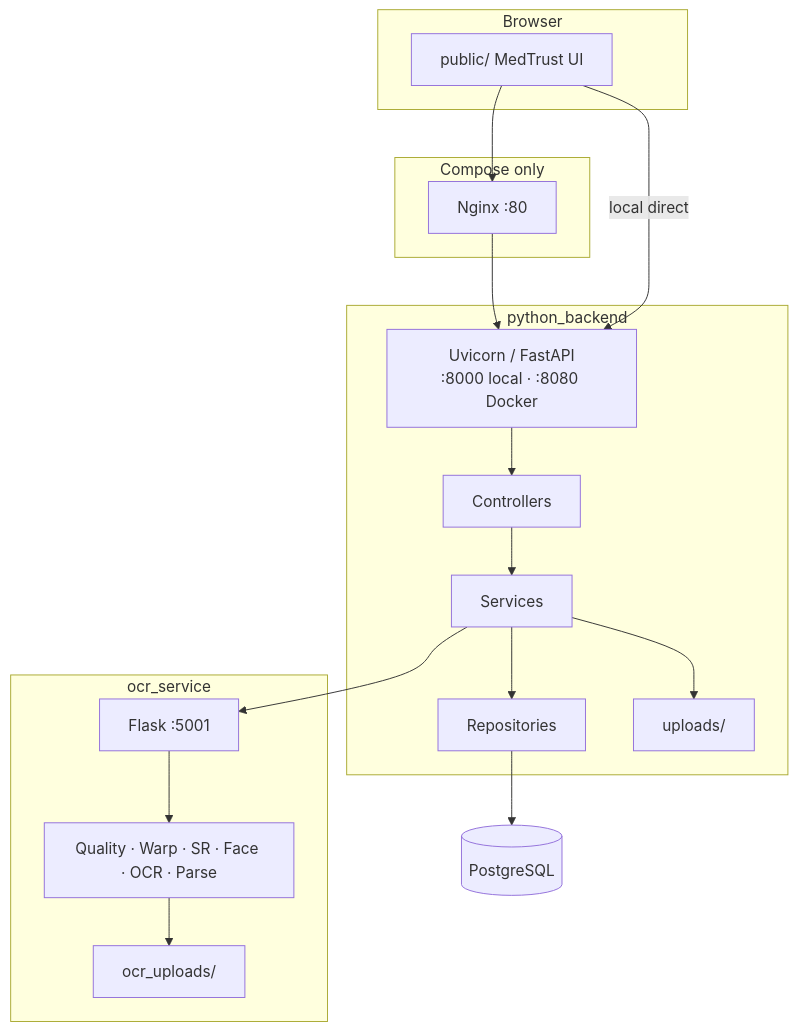
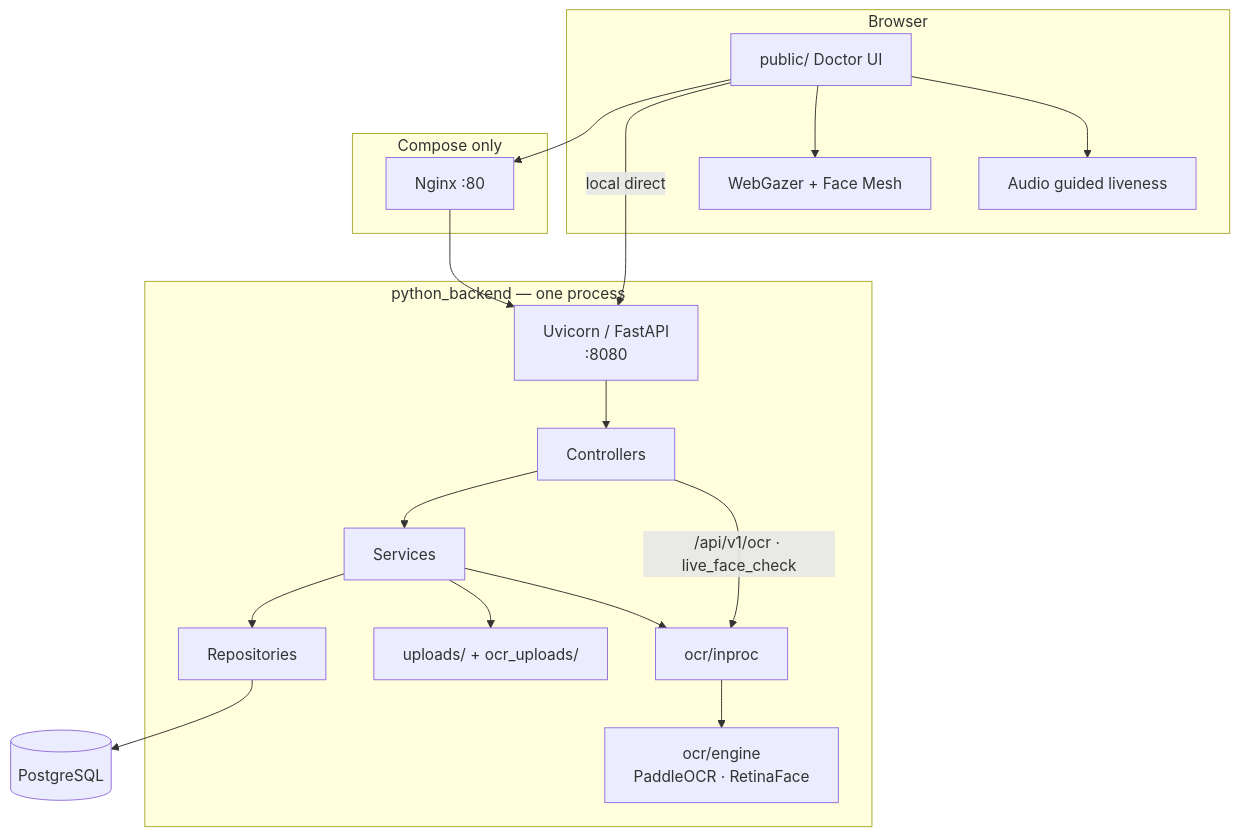
The second of 12 diagrams in docs/ARCHITECTURE.md (Saravanan2005real/zudoc-doctor-portal-EKYC), drawn with Mermaid before and after one commit. The commit also changed other lines of this file and 18 other files, not shown here.

First line of the commit message:
Improve Step 4 liveness and sync architecture docs with in-process OCR.

````diff
--- a/docs/ARCHITECTURE.md
+++ b/docs/ARCHITECTURE.md
@@ -57,35 +56,35 @@
 ```mermaid
 flowchart TB
   subgraph Browser
-    UI[public/ MedTrust UI]
+    UI[public/ Doctor UI]
+    WG[WebGazer + Face Mesh]
+    AUD[Audio guided liveness]
   end
 
   subgraph ComposeEdge["Compose only"]
     NGX[Nginx :80]
   end
 
-  subgraph FastAPI["python_backend"]
-    HTTP[Uvicorn / FastAPI<br/>:8000 local · :8080 Docker]
+  subgraph FastAPI["python_backend — one process"]
+    HTTP[Uvicorn / FastAPI<br/>:8080]
     CTRL[Controllers]
     SVC[Services]
     REPO[Repositories]
-    UP[uploads/]
-  end
-
-  subgraph FlaskOCR["ocr_service"]
-    OHTTP[Flask :5001]
-    OPIPE[Quality · Warp · SR · Face · OCR · Parse]
-    OU[ocr_uploads/]
+    INPROC[ocr/inproc]
+    ENG[ocr/engine<br/>PaddleOCR · RetinaFace]
+    UP[uploads/ + ocr_uploads/]
   end
 
   DB[(PostgreSQL)]
 
   UI --> NGX
   NGX --> HTTP
   UI -->|local direct| HTTP
+  UI --> WG
+  UI --> AUD
   HTTP --> CTRL --> SVC
   SVC --> REPO --> DB
   SVC --> UP
-  SVC --> OHTTP
-  OHTTP --> OPIPE --> OU
+  SVC --> INPROC --> ENG
+  CTRL -->|/api/v1/ocr · live_face_check| INPROC
 ```
````
